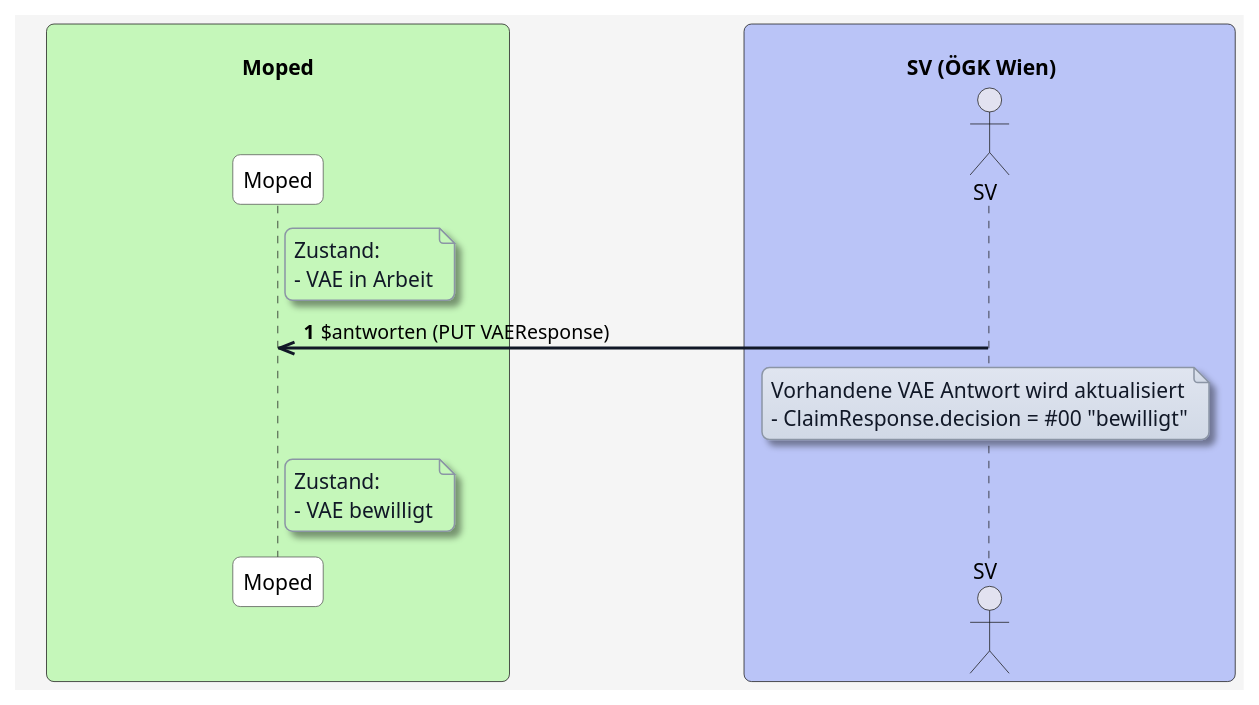
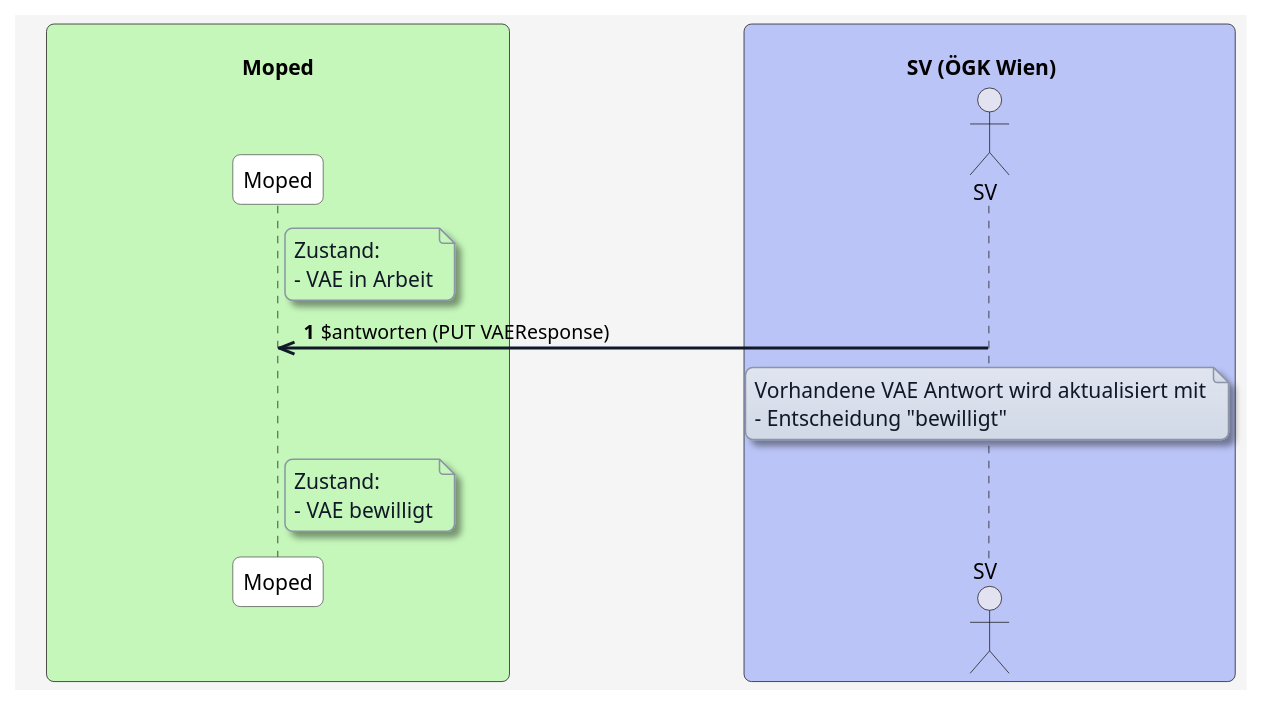
Before and after one commit to HL7Austria/ELGA-MOPED-R5: the diagram in input/images-source/Versichertenanspruchserklärung/antworten-in-arbeit-bewilligt.plantuml, drawn with PlantUML. The commit also changed 6 other files, not shown here.

```diff
--- a/input/images-source/Versichertenanspruchserklärung/antworten-in-arbeit-bewilligt.plantuml
+++ b/input/images-source/Versichertenanspruchserklärung/antworten-in-arbeit-bewilligt.plantuml
@@ -1,67 +1,67 @@
 @startuml
 skinparam borderColor #000000
 skinparam backgroundColor #f5f5f5
 skinparam shadowing false
 skinparam roundCorner 10
 skinparam defaultFontName "Arial"
 skinparam defaultFontSize 14
 skinparam defaultFontColor #000000
 
 skinparam note {
   BackgroundColor #e0e5f0-#d1d9e6
   BorderColor #8b95a5
   BorderThickness 1
   RoundCorner 8
   Padding 6
   FontColor #111827
   Shadowing true
 }
 
 skinparam HyperlinkColor #0000EE
 skinparam HyperlinkUnderline false
 
 skinparam sequence {
   ParticipantBorderColor #555555
   ParticipantBackgroundColor #ffffff
   ParticipantFontColor #000000
   ParticipantFontSize 14
   ParticipantPadding 20
   ArrowColor #111827
   ArrowThickness 2
   ArrowFontColor #000000
   ArrowFontSize 13
   GroupBorderColor #111827
   GroupBackgroundColor #f3f4f6
   GroupBorderThickness 1
 }
 
 skinparam BoxPadding 20
 skinparam BoxBorderColor #555555
 
 box "\n                                   Moped                                   " #c5f7ba
   participant MP as "Moped"
 end box
 
 box "\n                             SV (ÖGK Wien)                                " #bac4f7
   actor SV as "SV"
 end box
 
 autonumber
 
 note right of MP #c5f7ba
 Zustand:
 - VAE in Arbeit
 end note
 
 SV ->> MP: $antworten (PUT VAEResponse)
 note over SV
-Vorhandene VAE Antwort wird aktualisiert
-- ClaimResponse.decision = #00 "bewilligt"
+Vorhandene VAE Antwort wird aktualisiert mit
+- Entscheidung "bewilligt"
 end note
 
 note right of MP #c5f7ba
 Zustand:
 - VAE bewilligt
 end note
 
 @enduml
```
